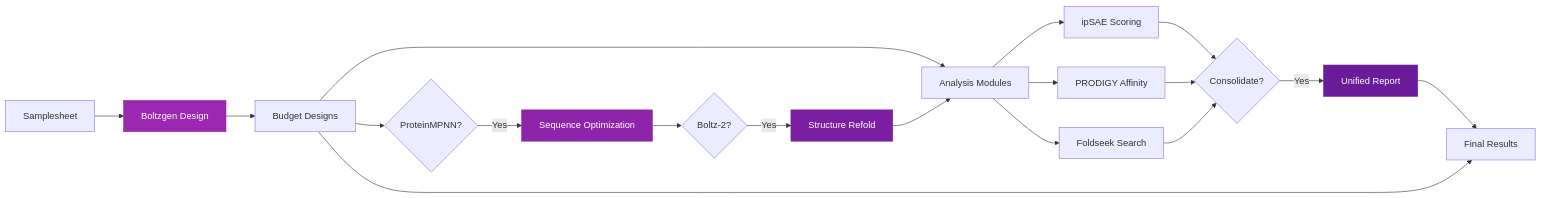
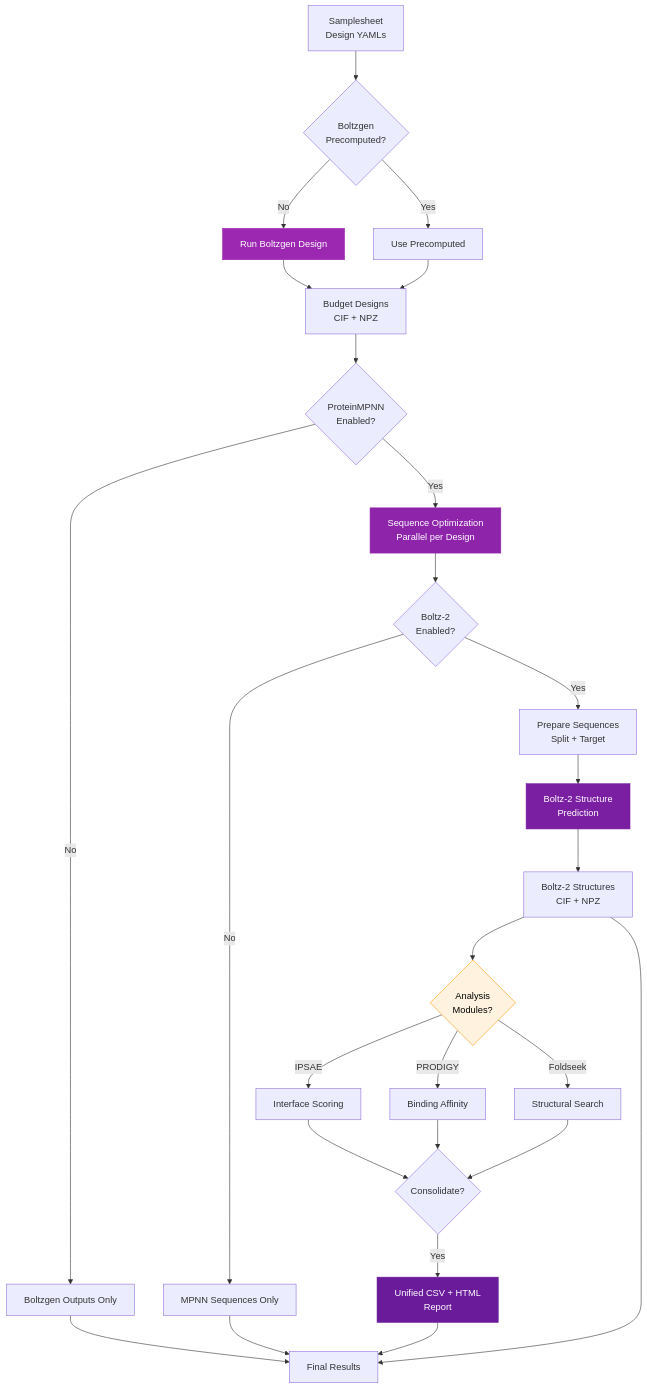
The diagram in docs/index.md (scheckley/nf-proteindesign), drawn with Mermaid before and after one commit. The commit also changed other lines of this file and 14 other files, not shown here.

First line of the commit message:
docs: update MkDocs diagrams and add dynamic content generation

````diff
--- a/docs/index.md
+++ b/docs/index.md
@@ -69,30 +71,42 @@
 ```mermaid
-graph LR
-    A[Samplesheet] --> B[Boltzgen Design]
-    B --> C[Budget Designs]
+graph TB
+    A[Samplesheet<br/>Design YAMLs] --> B{Boltzgen<br/>Precomputed?}
+    B -->|No| C[Run Boltzgen Design]
+    B -->|Yes| D[Use Precomputed]
+    C --> E[Budget Designs<br/>CIF + NPZ]
+    D --> E
     
-    C --> D{ProteinMPNN?}
-    D -->|Yes| E[Sequence Optimization]
-    E --> F{Boltz-2?}
-    F -->|Yes| G[Structure Refold]
+    E --> F{ProteinMPNN<br/>Enabled?}
+    F -->|No| Z[Boltzgen Outputs Only]
+    F -->|Yes| G[Sequence Optimization<br/>Parallel per Design]
     
-    C --> H[Analysis Modules]
-    G --> H
+    G --> H{Boltz-2<br/>Enabled?}
+    H -->|No| Y[MPNN Sequences Only]
+    H -->|Yes| I[Prepare Sequences<br/>Split + Target]
     
-    H --> I[ipSAE Scoring]
-    H --> J[PRODIGY Affinity]
-    H --> K[Foldseek Search]
+    I --> J[Boltz-2 Structure<br/>Prediction]
+    J --> K[Boltz-2 Structures<br/>CIF + NPZ]
     
-    I --> L{Consolidate?}
-    J --> L
-    K --> L
-    L -->|Yes| M[Unified Report]
+    K --> L{Analysis<br/>Modules?}
+    L -->|IPSAE| M[Interface Scoring]
+    L -->|PRODIGY| N[Binding Affinity]
+    L -->|Foldseek| O[Structural Search]
     
-    M --> N[Final Results]
-    C --> N
+    M --> P{Consolidate?}
+    N --> P
+    O --> P
+    P -->|Yes| Q[Unified CSV + HTML<br/>Report]
     
-    style B fill:#9C27B0,stroke:#9C27B0,color:#fff
-    style E fill:#8E24AA,stroke:#8E24AA,color:#fff
-    style G fill:#7B1FA2,stroke:#7B1FA2,color:#fff
-    style M fill:#6A1B9A,stroke:#6A1B9A,color:#fff
+    Q --> R[Final Results]
+    K --> R
+    Z --> R
+    Y --> R
+    
+    style C fill:#9C27B0,stroke:#9C27B0,color:#fff
+    style G fill:#8E24AA,stroke:#8E24AA,color:#fff
+    style J fill:#7B1FA2,stroke:#7B1FA2,color:#fff
+    style Q fill:#6A1B9A,stroke:#6A1B9A,color:#fff
+    
+    classDef note fill:#FFF3E0,stroke:#FF9800,color:#000
+    class L note
 ```
````
